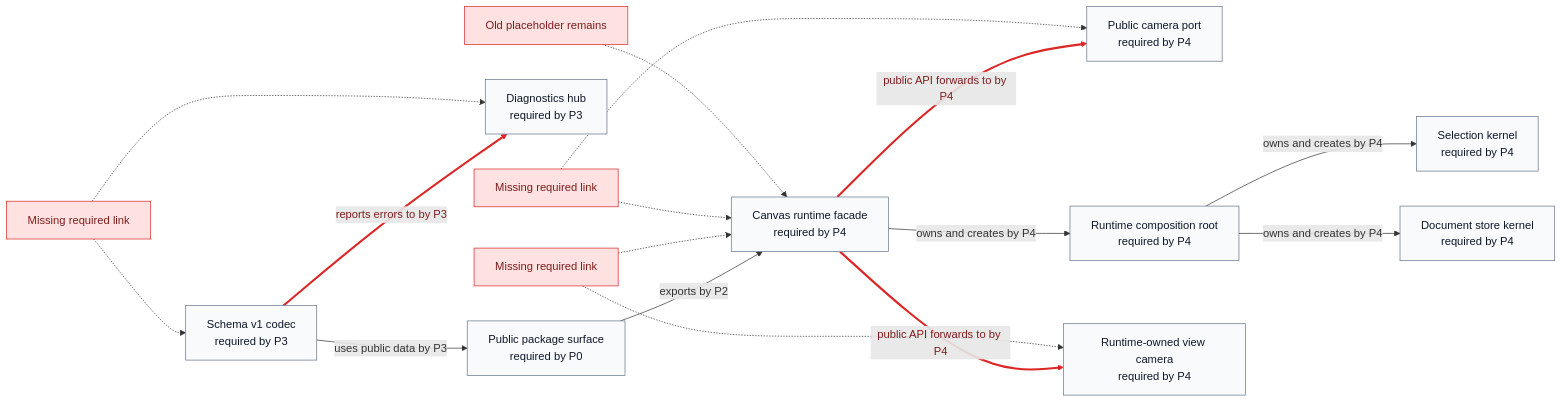
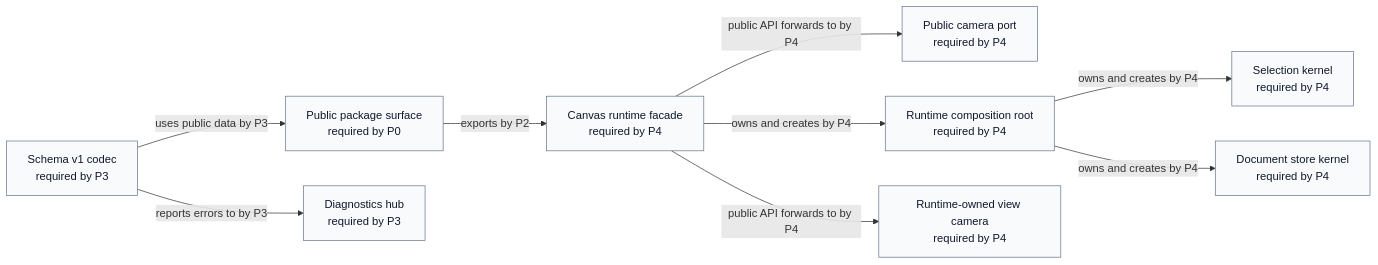
The diagram in docs/diagrams/generated/actual_vs_expected_diff.mmd (GreatPika/iwb_canvas_engine), drawn with Mermaid before and after one commit. The commit also changed 5 other files, not shown here.

First line of the commit message:
docs(verification): retire P4 graph exceptions

```diff
--- a/docs/diagrams/generated/actual_vs_expected_diff.mmd
+++ b/docs/diagrams/generated/actual_vs_expected_diff.mmd
@@ -1,38 +1,24 @@
 %% GENERATED FILE. Do not edit by hand.
 %% Source: docs/architecture/architecture_graph.yaml
 %% View: Actual vs expected selected phase diff
 %% Selected phase: P4
 flowchart LR
   api_camera_port["Public camera port<br/>required by P4"]:::ok
   api_canvas_runtime["Canvas runtime facade<br/>required by P4"]:::ok
   api_public_surface["Public package surface<br/>required by P0"]:::ok
   codec_schema_v1["Schema v1 codec<br/>required by P3"]:::ok
   diagnostics_hub["Diagnostics hub<br/>required by P3"]:::ok
   runtime_root["Runtime composition root<br/>required by P4"]:::ok
   runtime_view_camera["Runtime-owned view camera<br/>required by P4"]:::ok
   selection_kernel["Selection kernel<br/>required by P4"]:::ok
   store_document_kernel["Document store kernel<br/>required by P4"]:::ok
   api_canvas_runtime -->|public API forwards to by P4| runtime_view_camera
   api_canvas_runtime -->|owns and creates by P4| runtime_root
   api_canvas_runtime -->|public API forwards to by P4| api_camera_port
   api_public_surface -->|exports by P2| api_canvas_runtime
   codec_schema_v1 -->|reports errors to by P3| diagnostics_hub
   codec_schema_v1 -->|uses public data by P3| api_public_surface
   runtime_root -->|owns and creates by P4| selection_kernel
   runtime_root -->|owns and creates by P4| store_document_kernel
-  violation_api_canvas_runtime_camera_routes_to_runtime_view_camera["Missing required link"]:::violation
-  violation_api_canvas_runtime_camera_routes_to_runtime_view_camera -.-> api_canvas_runtime
-  violation_api_canvas_runtime_camera_routes_to_runtime_view_camera -.-> runtime_view_camera
-  violation_api_canvas_runtime_exposes_camera["Missing required link"]:::violation
-  violation_api_canvas_runtime_exposes_camera -.-> api_canvas_runtime
-  violation_api_canvas_runtime_exposes_camera -.-> api_camera_port
-  violation_codec_schema_v1_failures_report_to_diagnostics["Missing required link"]:::violation
-  violation_codec_schema_v1_failures_report_to_diagnostics -.-> codec_schema_v1
-  violation_codec_schema_v1_failures_report_to_diagnostics -.-> diagnostics_hub
-  violation_runtime_canvas_runtime_camera_closed_phase_placeholder["Old placeholder remains"]:::violation
-  violation_runtime_canvas_runtime_camera_closed_phase_placeholder -.-> api_canvas_runtime
   classDef ok fill:#f8fafc,stroke:#64748b,color:#0f172a
   classDef violation fill:#fee2e2,stroke:#dc2626,color:#7f1d1d
-  linkStyle 0 stroke:#dc2626,stroke-width:3px,color:#7f1d1d
-  linkStyle 2 stroke:#dc2626,stroke-width:3px,color:#7f1d1d
-  linkStyle 4 stroke:#dc2626,stroke-width:3px,color:#7f1d1d
```
